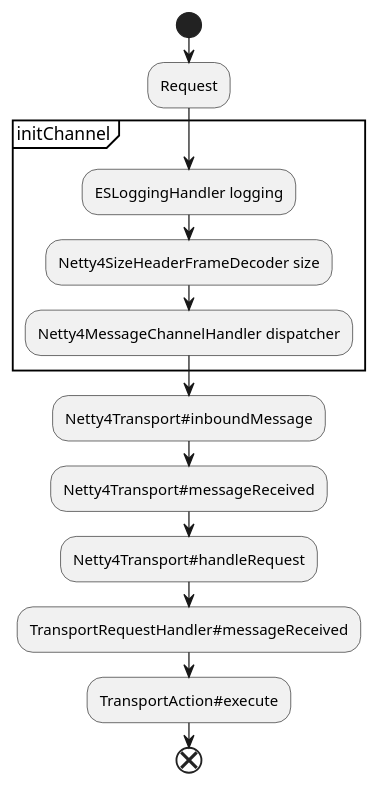
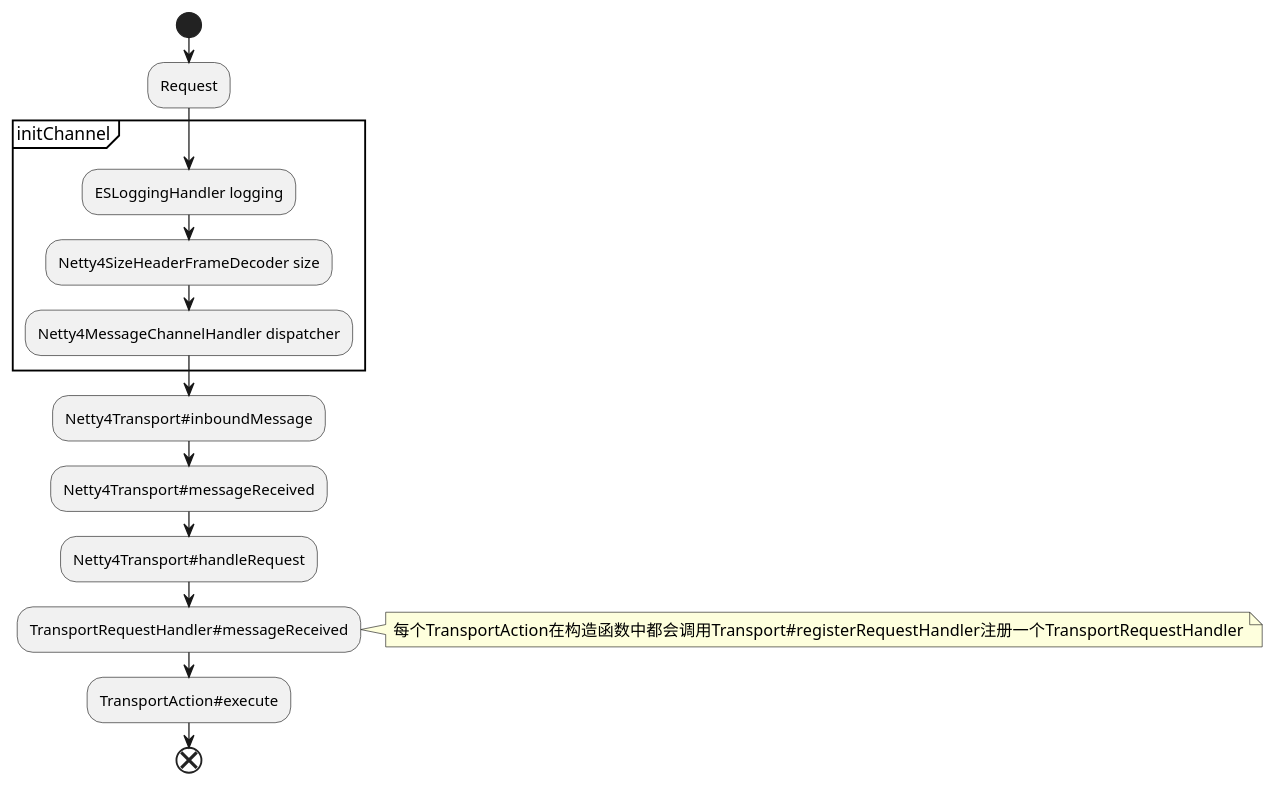
The first of 3 diagrams in java/es.md (imlinux/notebook), drawn with PlantUML before and after one commit. The commit also changed other lines of this file and 1 other file, not shown here.

````diff
--- a/java/es.md
+++ b/java/es.md
@@ -40,15 +46,16 @@
 ```plantuml
 start
 :Request;
 partition initChannel {
 :ESLoggingHandler logging;
 :Netty4SizeHeaderFrameDecoder size;
 :Netty4MessageChannelHandler dispatcher;
 }
 :Netty4Transport#inboundMessage;
 :Netty4Transport#messageReceived;
 :Netty4Transport#handleRequest;
 :TransportRequestHandler#messageReceived;
+note right: 每个TransportAction在构造函数中都会调用Transport#registerRequestHandler注册一个TransportRequestHandler
 :TransportAction#execute;
 end
 ```
````
